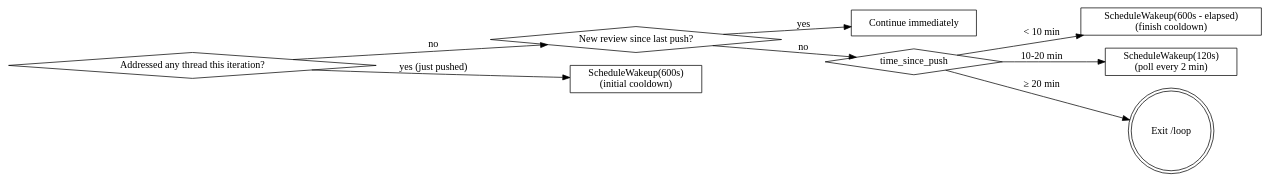
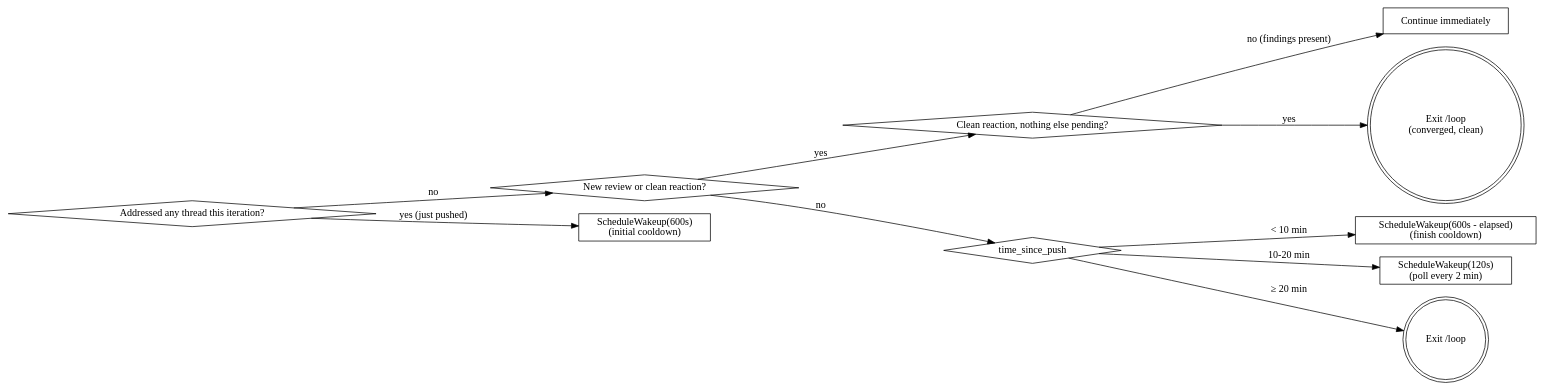
Before and after one commit to jnelken/claude-skills: the diagram in skills/babysit-pr/SKILL.md, drawn with Graphviz. The commit also changed other lines of this file and 1 other file, not shown here.

First line of the commit message:
Detect silent clean-review reactions in babysit-pr and cycle-review-pr

````diff
--- a/skills/babysit-pr/SKILL.md
+++ b/skills/babysit-pr/SKILL.md
@@ -167,21 +214,25 @@
 ```dot
 digraph done {
   rankdir=LR;
   "Addressed any thread this iteration?" [shape=diamond];
   "Continue immediately" [shape=box];
-  "New review since last push?" [shape=diamond];
+  "New review or clean reaction?" [shape=diamond];
+  "Clean reaction, nothing else pending?" [shape=diamond];
   "time_since_push" [shape=diamond, label="time_since_push"];
   "Wake 600s - elapsed" [shape=box, label="ScheduleWakeup(600s - elapsed)\n(finish cooldown)"];
   "Wake 120s" [shape=box, label="ScheduleWakeup(120s)\n(poll every 2 min)"];
   "Wake 600s" [shape=box, label="ScheduleWakeup(600s)\n(initial cooldown)"];
   "Exit /loop" [shape=doublecircle];
+  "Exit /loop converged" [shape=doublecircle, label="Exit /loop\n(converged, clean)"];
 
   "Addressed any thread this iteration?" -> "Wake 600s" [label="yes (just pushed)"];
-  "Addressed any thread this iteration?" -> "New review since last push?" [label="no"];
-  "New review since last push?" -> "Continue immediately" [label="yes"];
-  "New review since last push?" -> "time_since_push" [label="no"];
+  "Addressed any thread this iteration?" -> "New review or clean reaction?" [label="no"];
+  "New review or clean reaction?" -> "Clean reaction, nothing else pending?" [label="yes"];
+  "Clean reaction, nothing else pending?" -> "Exit /loop converged" [label="yes"];
+  "Clean reaction, nothing else pending?" -> "Continue immediately" [label="no (findings present)"];
+  "New review or clean reaction?" -> "time_since_push" [label="no"];
   "time_since_push" -> "Wake 600s - elapsed" [label="< 10 min"];
   "time_since_push" -> "Wake 120s" [label="10-20 min"];
   "time_since_push" -> "Exit /loop" [label="≥ 20 min"];
 }
 ```
````
